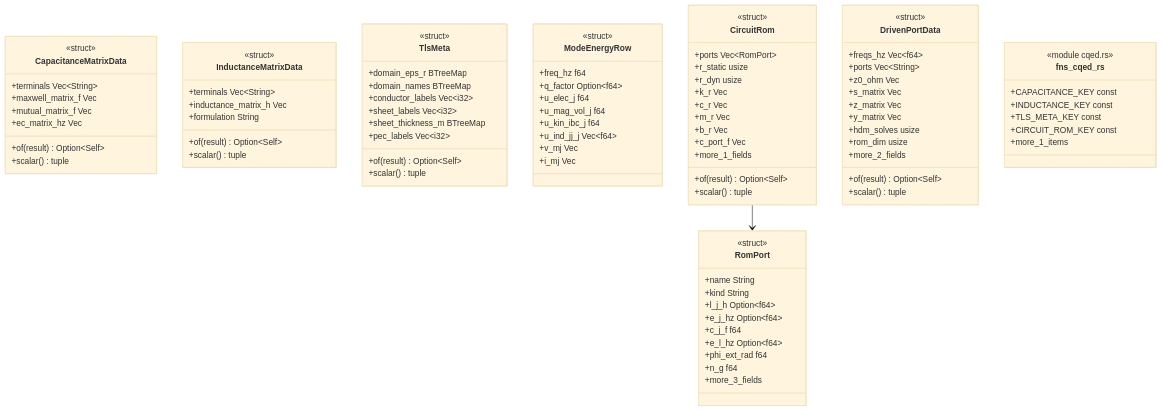
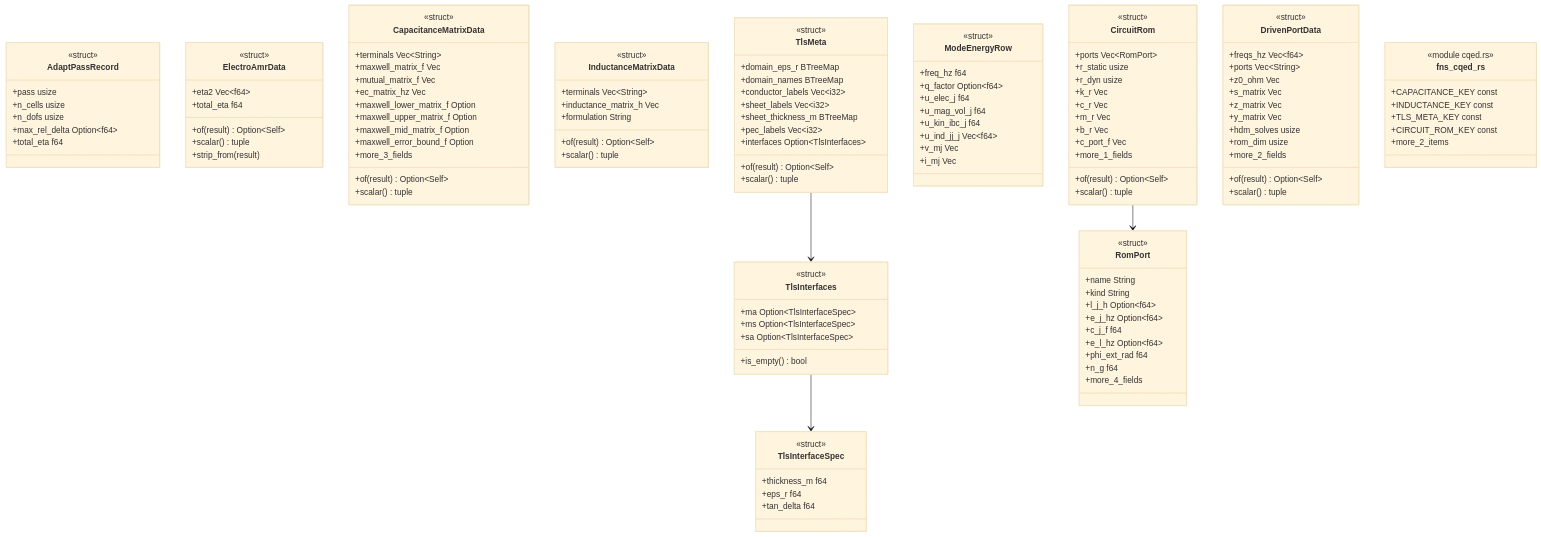
Before and after one commit to p-j-r/nyx: the diagram in docs/architecture/c4/4-code/physics/cqed.md, drawn with Mermaid (base theme). The commit also changed other lines of this file and 150 other files, not shown here.

````diff
--- a/docs/architecture/c4/4-code/physics/cqed.md
+++ b/docs/architecture/c4/4-code/physics/cqed.md
@@ -38,11 +43,32 @@
 ```mermaid
 classDiagram
+  class AdaptPassRecord {
+      <<struct>>
+      +pass usize
+      +n_cells usize
+      +n_dofs usize
+      +max_rel_delta Option~f64~
+      +total_eta f64
+  }
+  class ElectroAmrData {
+      <<struct>>
+      +eta2 Vec~f64~
+      +total_eta f64
+      +of(result) Option~Self~
+      +scalar() tuple
+      +strip_from(result)
+  }
   class CapacitanceMatrixData {
       <<struct>>
       +terminals Vec~String~
       +maxwell_matrix_f Vec
       +mutual_matrix_f Vec
       +ec_matrix_hz Vec
+      +maxwell_lower_matrix_f Option
+      +maxwell_upper_matrix_f Option
+      +maxwell_mid_matrix_f Option
+      +maxwell_error_bound_f Option
+      +more_3_fields
       +of(result) Option~Self~
       +scalar() tuple
   }
@@ -54,6 +80,19 @@
       +of(result) Option~Self~
       +scalar() tuple
   }
+  class TlsInterfaceSpec {
+      <<struct>>
+      +thickness_m f64
+      +eps_r f64
+      +tan_delta f64
+  }
+  class TlsInterfaces {
+      <<struct>>
+      +ma Option~TlsInterfaceSpec~
+      +ms Option~TlsInterfaceSpec~
+      +sa Option~TlsInterfaceSpec~
+      +is_empty() bool
+  }
   class TlsMeta {
       <<struct>>
       +domain_eps_r BTreeMap
@@ -62,6 +101,7 @@
       +sheet_labels Vec~i32~
       +sheet_thickness_m BTreeMap
       +pec_labels Vec~i32~
+      +interfaces Option~TlsInterfaces~
       +of(result) Option~Self~
       +scalar() tuple
   }
@@ -75,7 +115,7 @@
       +e_l_hz Option~f64~
       +phi_ext_rad f64
       +n_g f64
-      +more_3_fields
+      +more_4_fields
   }
   class ModeEnergyRow {
       <<struct>>
@@ -122,7 +162,9 @@
       +INDUCTANCE_KEY const
       +TLS_META_KEY const
       +CIRCUIT_ROM_KEY const
-      +more_1_items
+      +more_2_items
   }
+  TlsInterfaces --> TlsInterfaceSpec
+  TlsMeta --> TlsInterfaces
   CircuitRom --> RomPort
 ```
````
